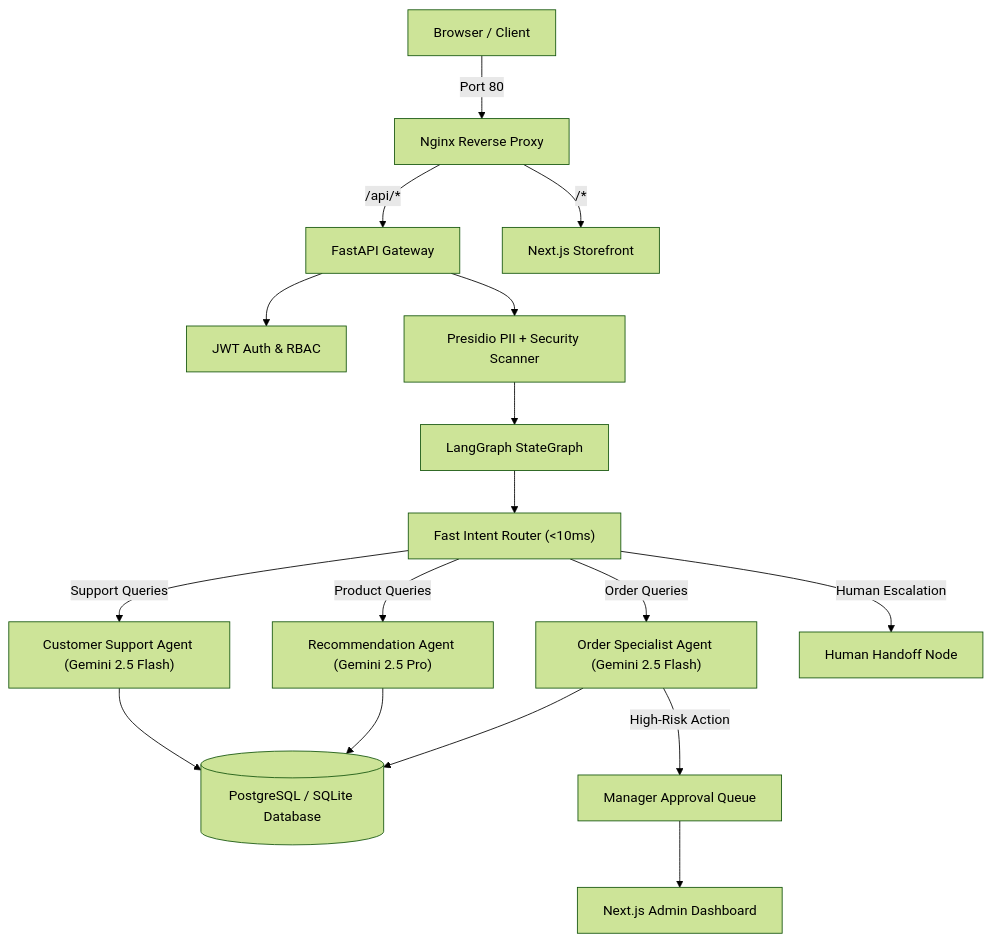
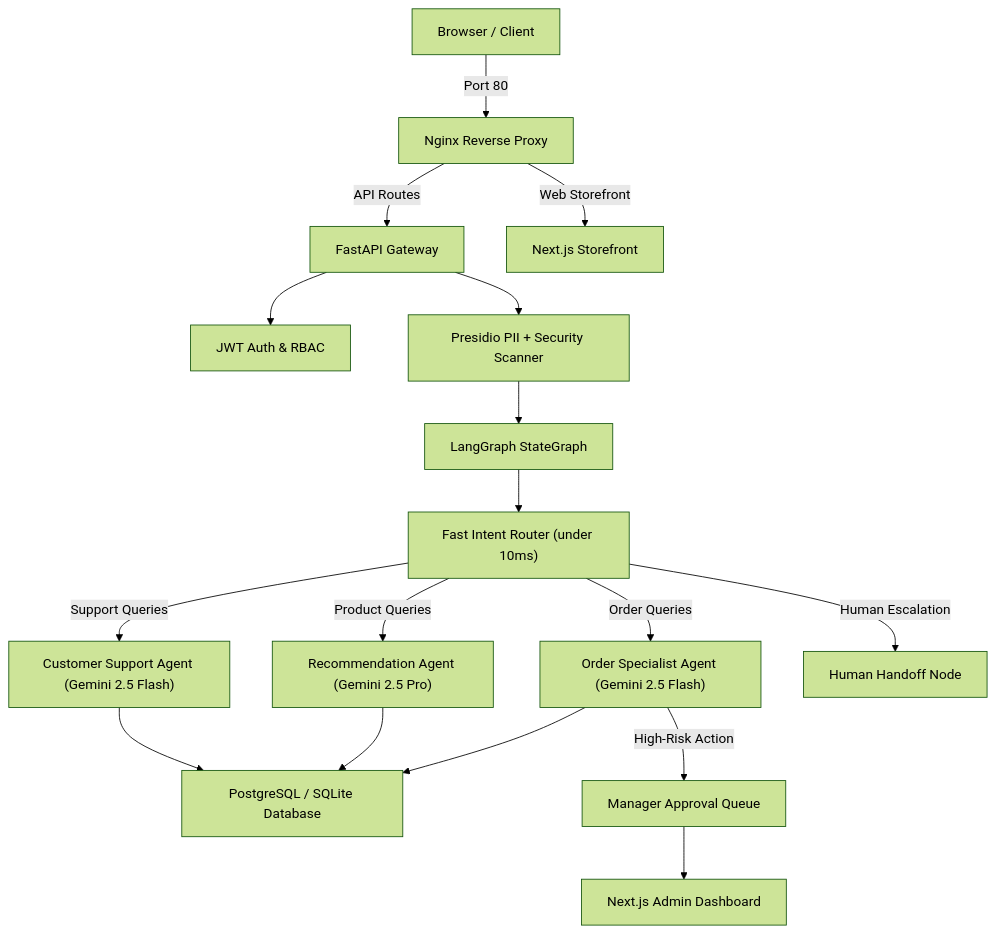
Before and after one commit to Saumojit30/Aisle: the diagram in README.md, drawn with Mermaid (forest theme). The commit also changed other lines of this file, not shown here.

Commit message:
fix diagram syntax

````diff
--- a/README.md
+++ b/README.md
@@ -42,23 +42,23 @@
 ```mermaid
 graph TD
     User["Browser / Client"] -->|Port 80| Proxy["Nginx Reverse Proxy"]
-    Proxy -->|"/api/*"| API["FastAPI Gateway"]
-    Proxy -->|"/*"| Front["Next.js Storefront"]
+    Proxy -->|API Routes| API["FastAPI Gateway"]
+    Proxy -->|Web Storefront| Front["Next.js Storefront"]
     
     API --> Auth["JWT Auth & RBAC"]
     API --> Guard["Presidio PII + Security Scanner"]
     Guard --> Graph["LangGraph StateGraph"]
-    Graph --> Supervisor["Fast Intent Router (<10ms)"]
+    Graph --> Supervisor["Fast Intent Router (under 10ms)"]
     
     Supervisor -->|Order Queries| OrderAgent["Order Specialist Agent (Gemini 2.5 Flash)"]
     Supervisor -->|Product Queries| RecAgent["Recommendation Agent (Gemini 2.5 Pro)"]
     Supervisor -->|Support Queries| SupportAgent["Customer Support Agent (Gemini 2.5 Flash)"]
     Supervisor -->|Human Escalation| HandoffNode["Human Handoff Node"]
     
-    OrderAgent --> DB[("PostgreSQL / SQLite Database")]
+    OrderAgent --> DB["PostgreSQL / SQLite Database"]
     RecAgent --> DB
     SupportAgent --> DB
     
     OrderAgent -->|High-Risk Action| HITL["Manager Approval Queue"]
     HITL --> AdminDashboard["Next.js Admin Dashboard"]
 ```
````
